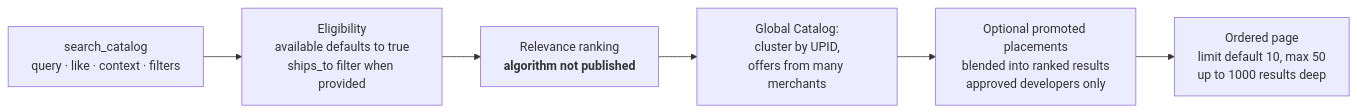
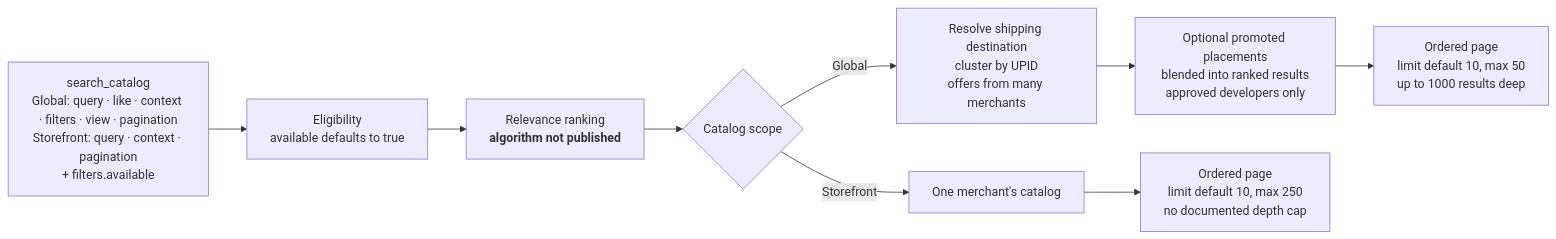
Before and after one commit to benzookapi/shopify-ucp-demo-mcp: the third of 3 diagrams in docs/catalog-field-mapping.md, drawn with Mermaid. The commit also changed other lines of this file, not shown here.

Commit message:
Correct catalog field mapping documentation

````diff
--- a/docs/catalog-field-mapping.md
+++ b/docs/catalog-field-mapping.md
@@ -172,8 +182,11 @@
 ```mermaid
 flowchart LR
-    Q["search_catalog<br/>query · like · context · filters"] --> E["Eligibility<br/>available defaults to true<br/>ships_to filter when provided"]
+    Q["search_catalog<br/>Global: query · like · context · filters · view · pagination<br/>Storefront: query · context · pagination<br/>+ filters.available"] --> E["Eligibility<br/>available defaults to true"]
     E --> R["Relevance ranking<br/><b>algorithm not published</b>"]
-    R --> C["Global Catalog:<br/>cluster by UPID,<br/>offers from many merchants"]
-    C --> P["Optional promoted placements<br/>blended into ranked results<br/>approved developers only"]
-    P --> O["Ordered page<br/>limit default 10, max 50<br/>up to 1000 results deep"]
+    R --> C{"Catalog scope"}
+    C -->|Global| G["Resolve shipping destination<br/>cluster by UPID<br/>offers from many merchants"]
+    G --> P["Optional promoted placements<br/>blended into ranked results<br/>approved developers only"]
+    P --> OG["Ordered page<br/>limit default 10, max 50<br/>up to 1000 results deep"]
+    C -->|Storefront| S["One merchant's catalog"]
+    S --> OS["Ordered page<br/>limit default 10, max 250<br/>no documented depth cap"]
 ```
````
